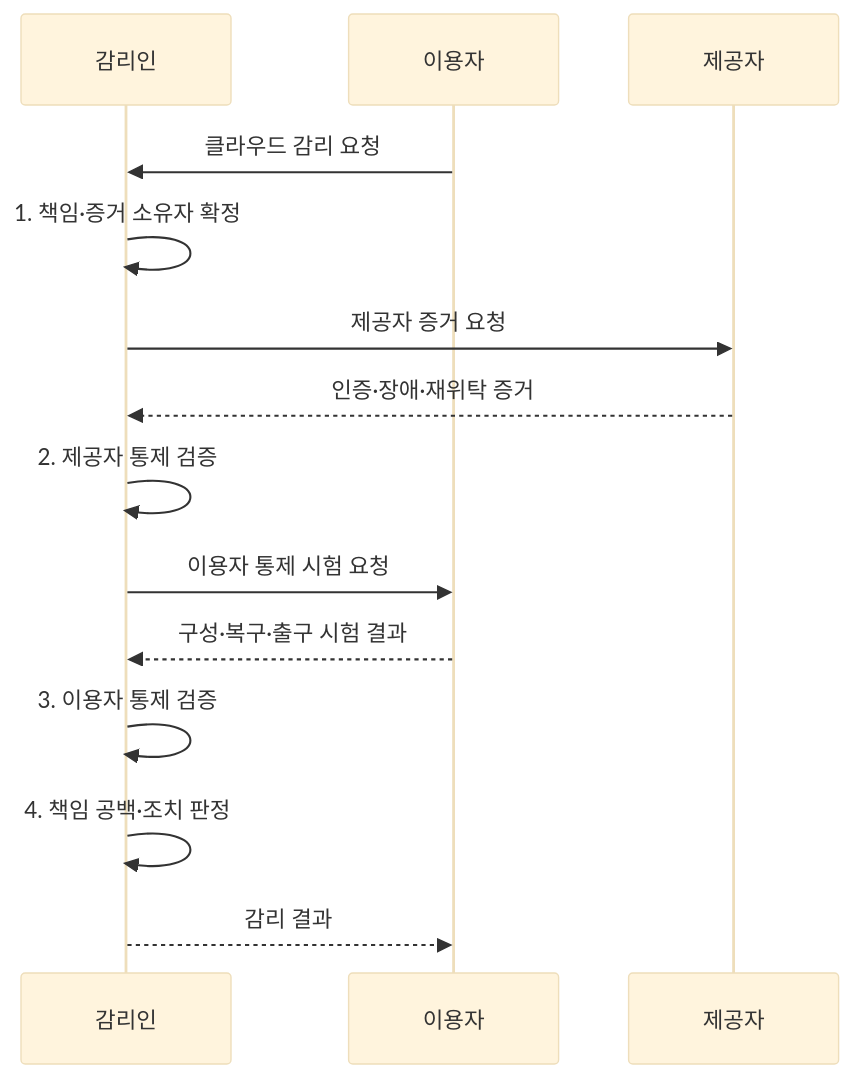
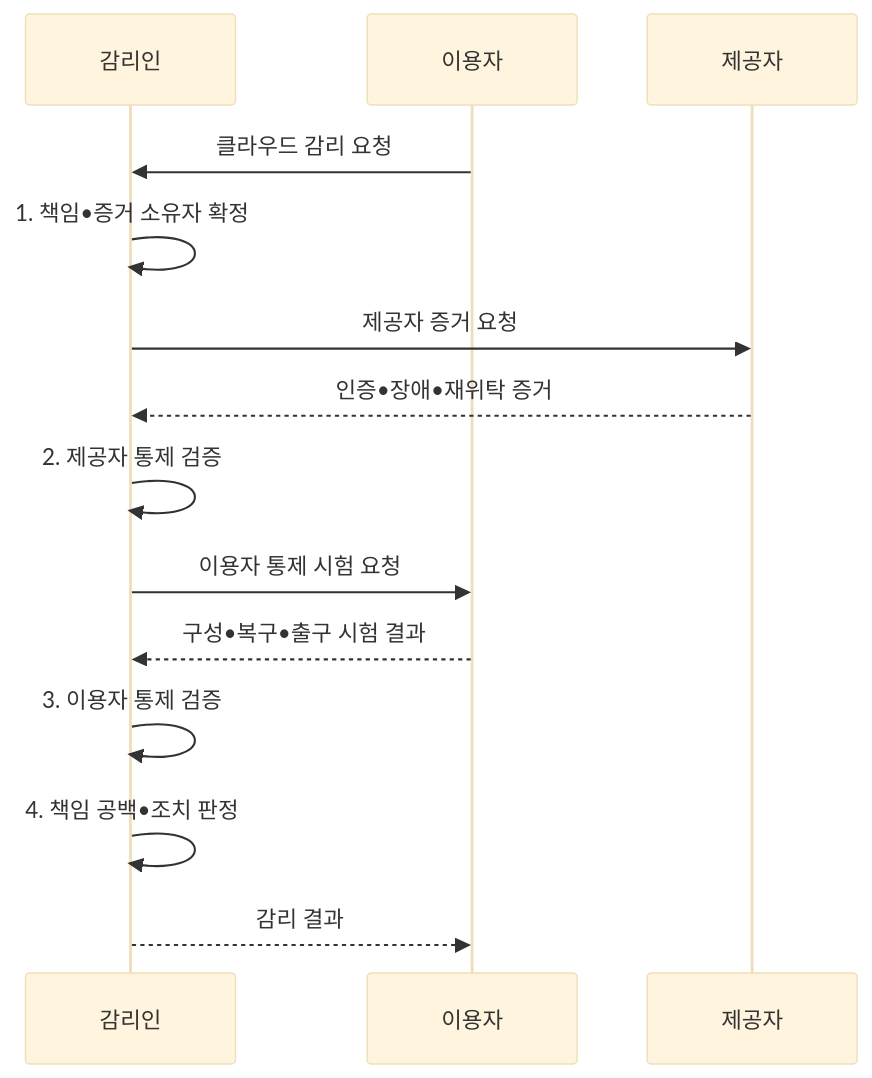
One commit to agnusdei1207/knowledge-base changed the second of 2 diagrams in src/content/docs/notes/06-evaluation/047_cloud_service_audit.md. Above: the diagram before and after it, drawn with Mermaid (base theme). The commit also changed other lines of this file and 953 other files, not shown here.

````diff
--- a/src/content/docs/notes/06-evaluation/047_cloud_service_audit.md
+++ b/src/content/docs/notes/06-evaluation/047_cloud_service_audit.md
@@ -99,16 +99,16 @@
 ```mermaid
 sequenceDiagram
     participant A as 감리인
     participant C as 이용자
     participant P as 제공자
     C->>A: 클라우드 감리 요청
-    A->>A: 1. 책임·증거 소유자 확정
+    A->>A: 1. 책임•증거 소유자 확정
     A->>P: 제공자 증거 요청
-    P-->>A: 인증·장애·재위탁 증거
+    P-->>A: 인증•장애•재위탁 증거
     A->>A: 2. 제공자 통제 검증
     A->>C: 이용자 통제 시험 요청
-    C-->>A: 구성·복구·출구 시험 결과
+    C-->>A: 구성•복구•출구 시험 결과
     A->>A: 3. 이용자 통제 검증
-    A->>A: 4. 책임 공백·조치 판정
+    A->>A: 4. 책임 공백•조치 판정
     A-->>C: 감리 결과
 ```
````
